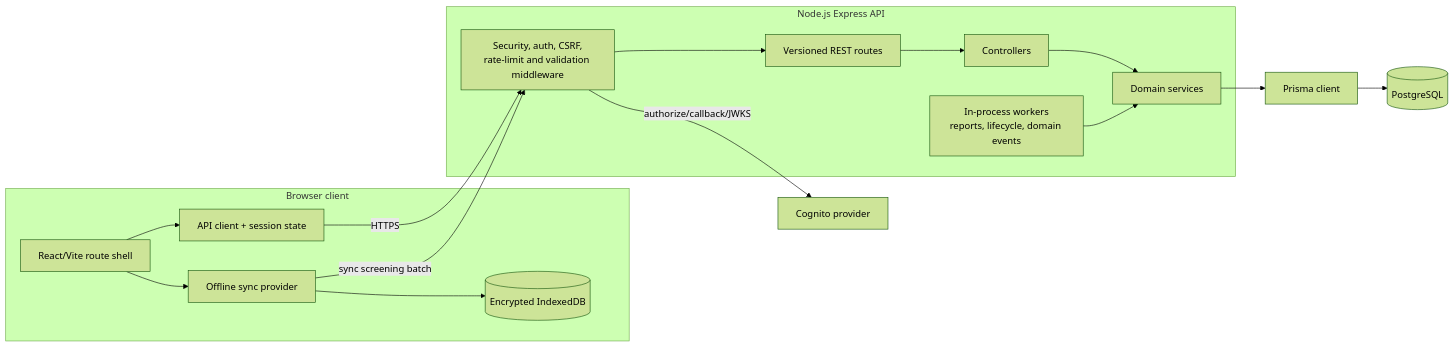
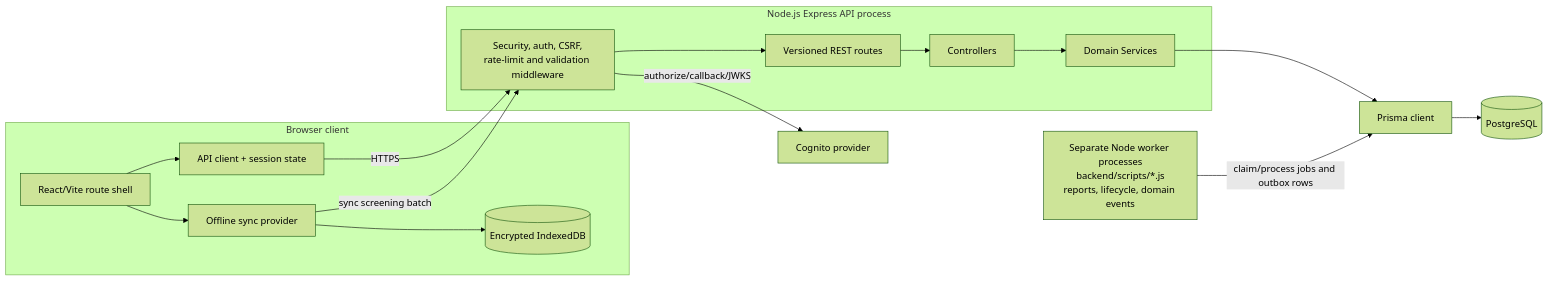
Before and after one commit to NachikethReddyY/vsms: the diagram in docs/secure_coding/diagrams/ComponentDiagram.md, drawn with Mermaid (forest theme). The commit also changed other lines of this file and 9 other files, not shown here.

Commit message:
docs: align final package with implemented architecture

````diff
--- a/docs/secure_coding/diagrams/ComponentDiagram.md
+++ b/docs/secure_coding/diagrams/ComponentDiagram.md
@@ -7,31 +9,32 @@
 ```mermaid
 flowchart LR
     subgraph browser[Browser client]
         shell[React/Vite route shell]
         apiClient[API client + session state]
         offline[Offline sync provider]
         indexed[(Encrypted IndexedDB)]
         shell --> apiClient
         shell --> offline
         offline --> indexed
     end
 
-    subgraph express[Node.js Express API]
+    subgraph express[Node.js Express API process]
         middleware[Security, auth, CSRF,<br/>rate-limit and validation middleware]
         routes[Versioned REST routes]
         controllers[Controllers]
-        services[Domain services]
-        workers[In-process workers<br/>reports, lifecycle, domain events]
+        services[Domain Services]
         middleware --> routes --> controllers --> services
-        workers --> services
     end
+
+    workers[Separate Node worker processes<br/>backend/scripts/*.js<br/>reports, lifecycle, domain events]
 
     prisma[Prisma client]
     postgres[(PostgreSQL)]
     cognito[Cognito provider]
 
     apiClient -->|HTTPS| middleware
     offline -->|sync screening batch| middleware
     services --> prisma --> postgres
+    workers -->|claim/process jobs and outbox rows| prisma
     middleware -->|authorize/callback/JWKS| cognito
 ```
````
